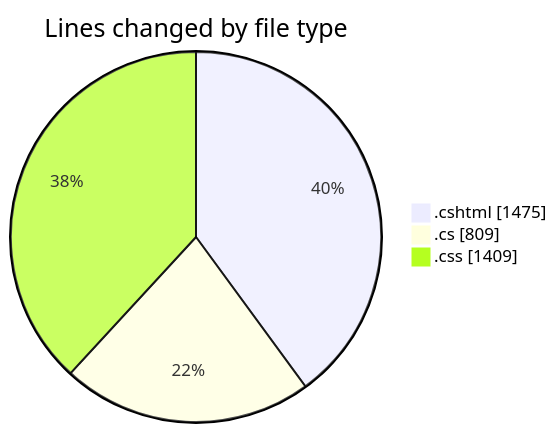
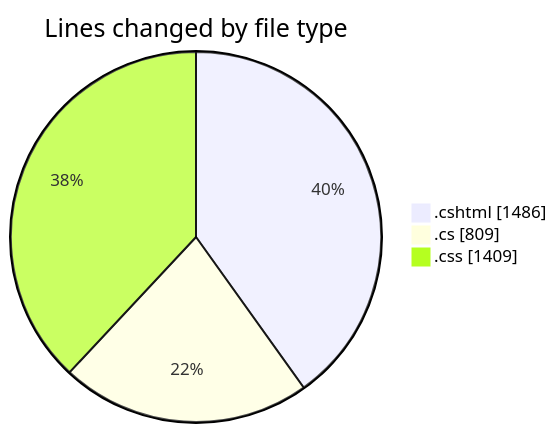
One commit to lephambinh05/code-tracking changed the first of 2 diagrams in 2025-07-18/nhahang/README.md. Above: the diagram before and after it, drawn with Mermaid. The commit also changed other lines of this file and 1 other file, not shown here.

````diff
--- a/2025-07-18/nhahang/README.md
+++ b/2025-07-18/nhahang/README.md
@@ -45,7 +45,7 @@
 ```mermaid
 pie showData
 title Lines changed by file type
-".cshtml" : 1475
+".cshtml" : 1486
 ".cs" : 809
 ".css" : 1409
 ```
````
